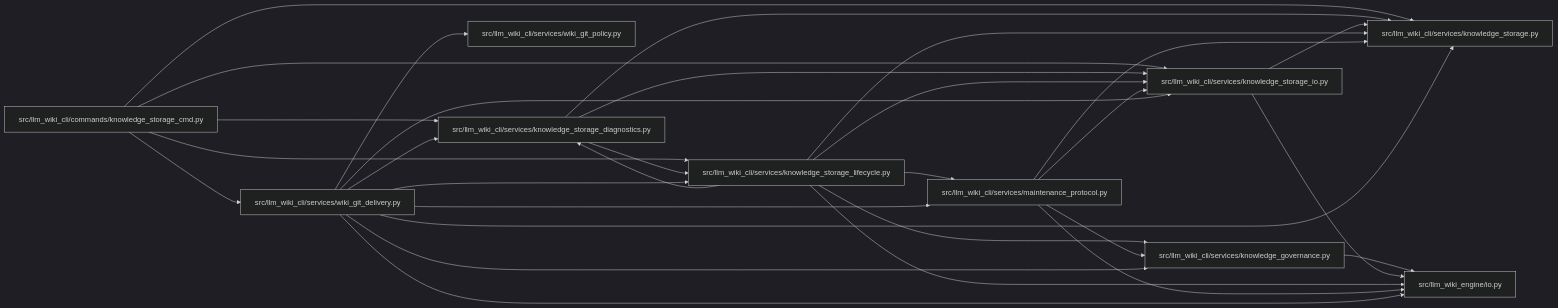
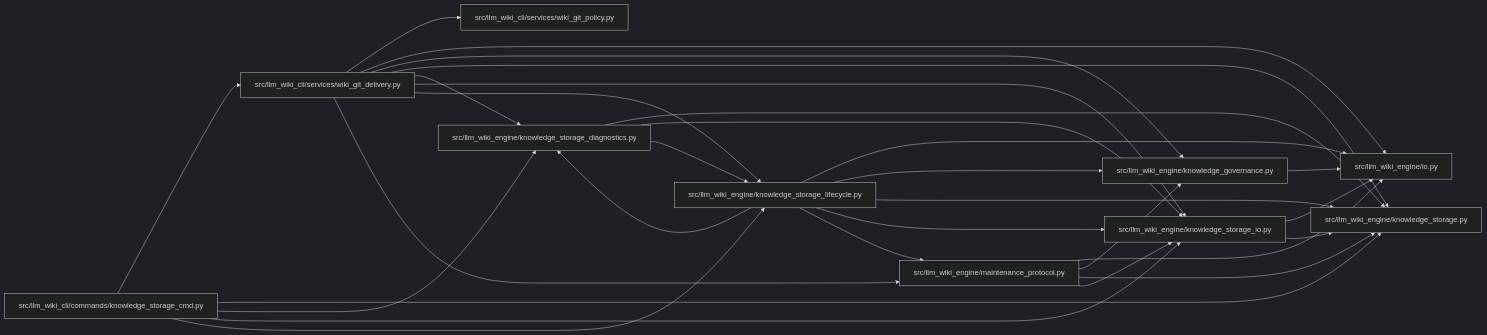
Before and after one commit to Denissvgn/python-wiki-llm: the diagram in docs/llm_wiki/modules/wiki_git_delivery.md, drawn with Mermaid (dark theme). The commit also changed other lines of this file and 1058 other files, not shown here.

First line of the commit message:
docs: refresh the wiki for the knowledge store move

````diff
--- a/docs/llm_wiki/modules/wiki_git_delivery.md
+++ b/docs/llm_wiki/modules/wiki_git_delivery.md
@@ -31,52 +31,52 @@
 ```mermaid
 flowchart LR
     n0["src/llm_wiki_cli/commands/knowledge_storage_cmd.py"]
-    n1["src/llm_wiki_cli/services/knowledge_governance.py"]
-    n2["src/llm_wiki_cli/services/knowledge_storage.py"]
-    n3["src/llm_wiki_cli/services/knowledge_storage_diagnostics.py"]
-    n4["src/llm_wiki_cli/services/knowledge_storage_io.py"]
-    n5["src/llm_wiki_cli/services/knowledge_storage_lifecycle.py"]
-    n6["src/llm_wiki_cli/services/maintenance_protocol.py"]
-    n7["src/llm_wiki_cli/services/wiki_git_delivery.py"]
-    n8["src/llm_wiki_cli/services/wiki_git_policy.py"]
-    n9["src/llm_wiki_engine/io.py"]
-    n0 --> n2
-    n0 --> n3
-    n0 --> n4
+    n1["src/llm_wiki_cli/services/wiki_git_delivery.py"]
+    n2["src/llm_wiki_cli/services/wiki_git_policy.py"]
+    n3["src/llm_wiki_engine/io.py"]
+    n4["src/llm_wiki_engine/knowledge_governance.py"]
+    n5["src/llm_wiki_engine/knowledge_storage.py"]
+    n6["src/llm_wiki_engine/knowledge_storage_diagnostics.py"]
+    n7["src/llm_wiki_engine/knowledge_storage_io.py"]
+    n8["src/llm_wiki_engine/knowledge_storage_lifecycle.py"]
+    n9["src/llm_wiki_engine/maintenance_protocol.py"]
+    n0 --> n1
     n0 --> n5
+    n0 --> n6
     n0 --> n7
+    n0 --> n8
+    n1 --> n2
+    n1 --> n3
+    n1 --> n4
+    n1 --> n5
+    n1 --> n6
+    n1 --> n7
+    n1 --> n8
     n1 --> n9
-    n3 --> n2
-    n3 --> n4
-    n3 --> n5
-    n4 --> n2
-    n4 --> n9
-    n5 --> n1
-    n5 --> n2
-    n5 --> n3
-    n5 --> n4
-    n5 --> n6
-    n5 --> n9
-    n6 --> n1
-    n6 --> n2
-    n6 --> n4
-    n6 --> n9
-    n7 --> n1
-    n7 --> n2
+    n4 --> n3
+    n6 --> n5
+    n6 --> n7
+    n6 --> n8
     n7 --> n3
-    n7 --> n4
     n7 --> n5
-    n7 --> n6
-    n7 --> n8
-    n7 --> n9
+    n8 --> n3
+    n8 --> n4
+    n8 --> n5
+    n8 --> n6
+    n8 --> n7
+    n8 --> n9
+    n9 --> n3
+    n9 --> n4
+    n9 --> n5
+    n9 --> n7
     click n0 "../modules/knowledge_storage_cmd.md"
-    click n1 "../modules/knowledge_governance.md"
-    click n2 "../modules/knowledge_storage.md"
-    click n3 "../modules/knowledge_storage_diagnostics.md"
-    click n4 "../modules/knowledge_storage_io.md"
-    click n5 "../modules/knowledge_storage_lifecycle.md"
-    click n6 "../modules/maintenance_protocol.md"
-    click n7 "../modules/wiki_git_delivery.md"
-    click n8 "../modules/wiki_git_policy.md"
-    click n9 "../modules/io.md"
+    click n1 "../modules/wiki_git_delivery.md"
+    click n2 "../modules/wiki_git_policy.md"
+    click n3 "../modules/io.md"
+    click n4 "../modules/knowledge_governance.md"
+    click n5 "../modules/knowledge_storage.md"
+    click n6 "../modules/knowledge_storage_diagnostics.md"
+    click n7 "../modules/knowledge_storage_io.md"
+    click n8 "../modules/knowledge_storage_lifecycle.md"
+    click n9 "../modules/maintenance_protocol.md"
 ```
````
